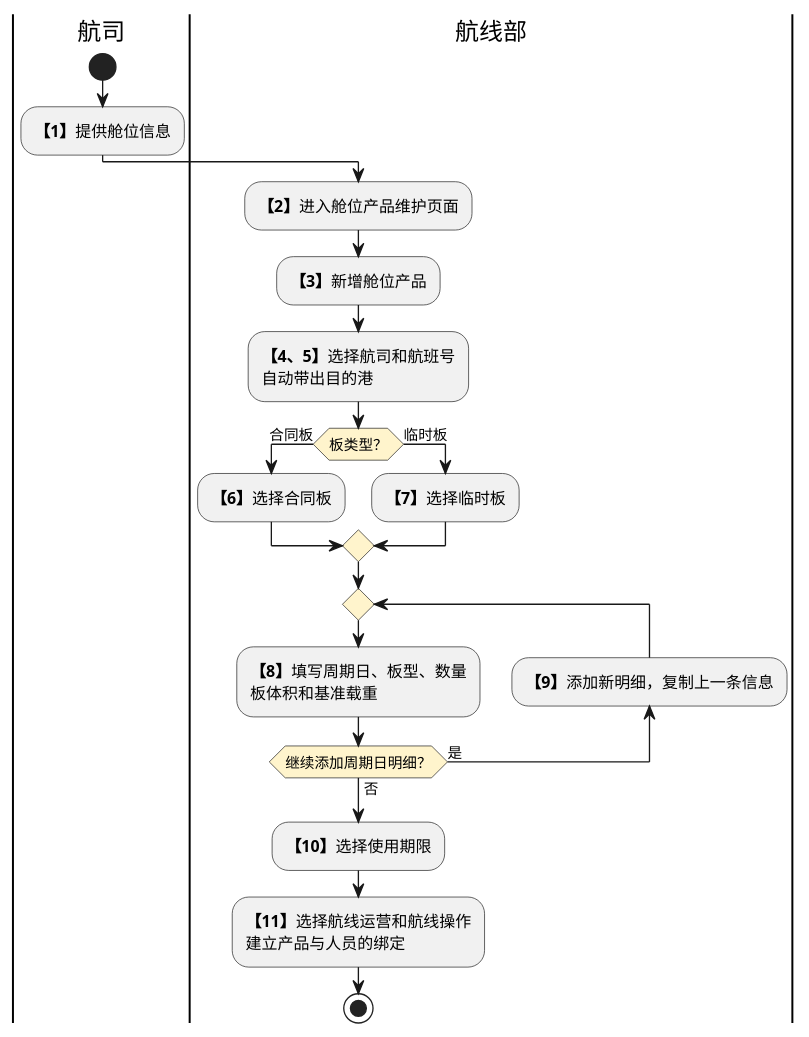
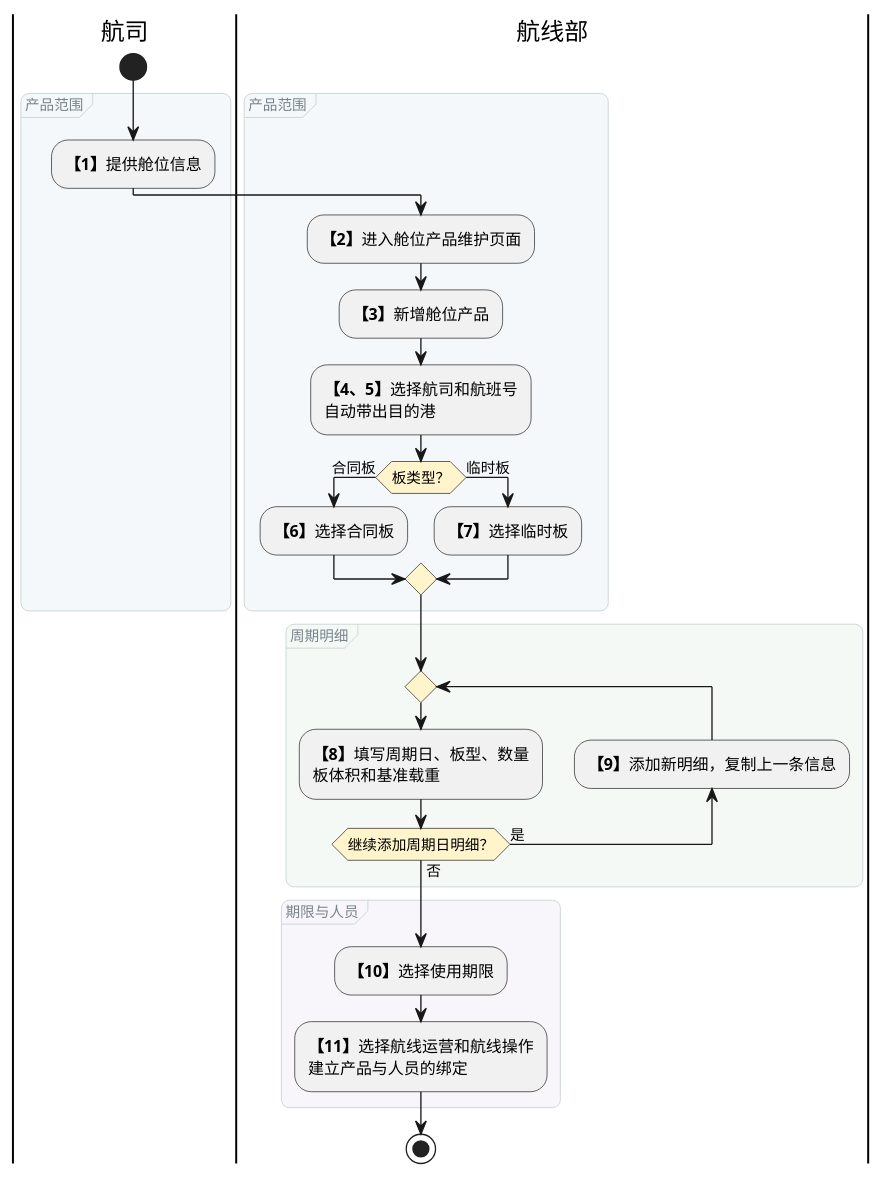
One commit to jack888332/projects-doc changed the first of 2 diagrams in product-caliber/goldjet/segmented-prd/PRD.高捷物流系统一期.第008篇.舱位管理与配板.01F81010E3.md. Above: the diagram before and after it, drawn with PlantUML. The commit also changed other lines of this file and 16 other files, not shown here.

Commit message:
给DSL图分组

````diff
--- a/product-caliber/goldjet/segmented-prd/PRD.高捷物流系统一期.第008篇.舱位管理与配板.01F81010E3.md
+++ b/product-caliber/goldjet/segmented-prd/PRD.高捷物流系统一期.第008篇.舱位管理与配板.01F81010E3.md
@@ -68,24 +68,42 @@
 ```plantuml
 @startuml goldjet-008-capacity-product
 skinparam activityDiamondBackgroundColor #FFF4CC
+<style>
+activityDiagram {
+  group {
+    LineColor #CAD5DA
+    LineThickness 0.7
+    RoundCorner 12
+    FontColor #78848D
+    FontSize 11
+    FontStyle plain
+  }
+}
+</style>
 |航司|
 start
-:**【1】**提供舱位信息;
-|航线部|
-:**【2】**进入舱位产品维护页面;
-:**【3】**新增舱位产品;
-:**【4、5】**选择航司和航班号\n自动带出目的港;
-if (板类型？) then (合同板)
-  :**【6】**选择合同板;
-else (临时板)
-  :**【7】**选择临时板;
-endif
-repeat
-  :**【8】**填写周期日、板型、数量\n板体积和基准载重;
-  backward :**【9】**添加新明细，复制上一条信息;
-repeat while (继续添加周期日明细？) is (是) not (否)
-:**【10】**选择使用期限;
-:**【11】**选择航线运营和航线操作\n建立产品与人员的绑定;
+group 产品范围 #F4F8FA {
+  :**【1】**提供舱位信息;
+  |航线部|
+  :**【2】**进入舱位产品维护页面;
+  :**【3】**新增舱位产品;
+  :**【4、5】**选择航司和航班号\n自动带出目的港;
+  if (板类型？) then (合同板)
+    :**【6】**选择合同板;
+  else (临时板)
+    :**【7】**选择临时板;
+  endif
+}
+group 周期明细 #F5F9F6 {
+  repeat
+    :**【8】**填写周期日、板型、数量\n板体积和基准载重;
+    backward :**【9】**添加新明细，复制上一条信息;
+  repeat while (继续添加周期日明细？) is (是) not (否)
+}
+group 期限与人员 #F8F6FA {
+  :**【10】**选择使用期限;
+  :**【11】**选择航线运营和航线操作\n建立产品与人员的绑定;
+}
 stop
 @enduml
 ```
````
